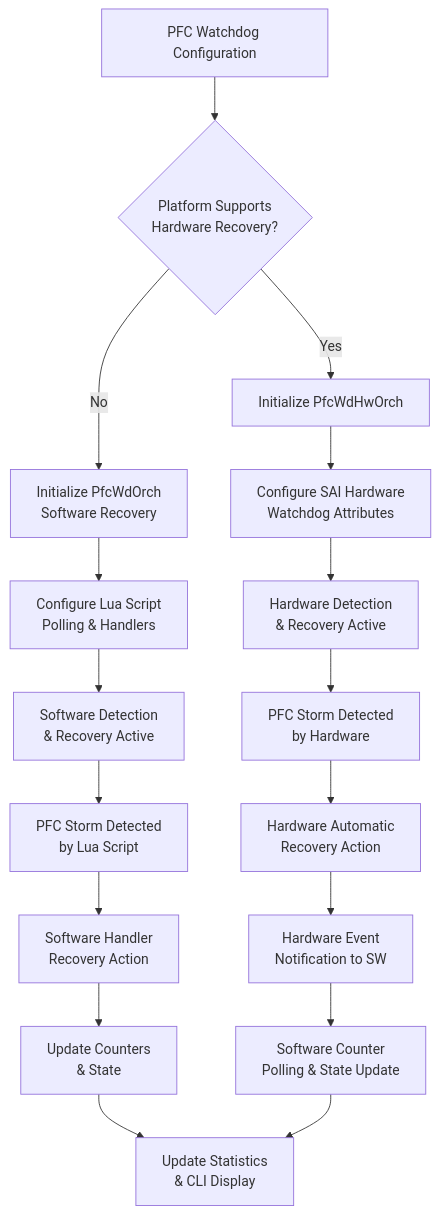
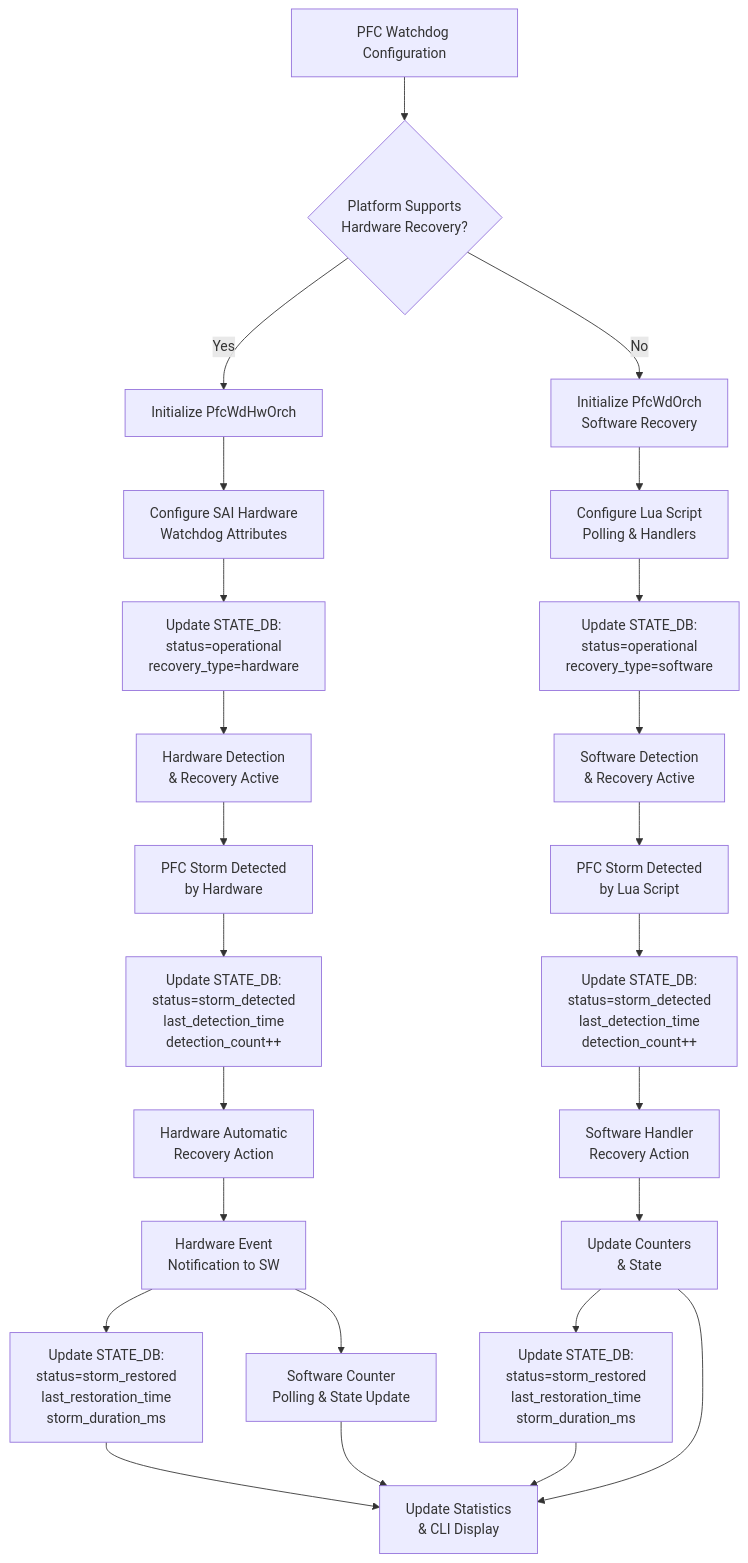
One commit to sonic-net/SONiC changed the first of 3 diagrams in doc/pfcwd/pfc_hardware_recovery_hld.md. Above: the diagram before and after it, drawn with Mermaid. The commit also changed other lines of this file, not shown here.

First line of the commit message:
Add STATE_DB schema and SDK/hardware responsibilities to PFC Watchdog HLD

````diff
--- a/doc/pfcwd/pfc_hardware_recovery_hld.md
+++ b/doc/pfcwd/pfc_hardware_recovery_hld.md
@@ -108,25 +111,35 @@
 ```mermaid
 flowchart TD
     A[PFC Watchdog Configuration] --> B{Platform Supports<br/>Hardware Recovery?}
     B -->|Yes| C[Initialize PfcWdHwOrch]
     B -->|No| D[Initialize PfcWdOrch<br/>Software Recovery]
 
     C --> E[Configure SAI Hardware<br/>Watchdog Attributes]
-    E --> F[Hardware Detection<br/>& Recovery Active]
+    E --> E1[Update STATE_DB:<br/>status=operational<br/>recovery_type=hardware]
+    E1 --> F[Hardware Detection<br/>& Recovery Active]
 
     D --> G[Configure Lua Script<br/>Polling & Handlers]
-    G --> H[Software Detection<br/>& Recovery Active]
+    G --> G1[Update STATE_DB:<br/>status=operational<br/>recovery_type=software]
+    G1 --> H[Software Detection<br/>& Recovery Active]
 
     F --> I[PFC Storm Detected<br/>by Hardware]
     H --> J[PFC Storm Detected<br/>by Lua Script]
 
-    I --> K[Hardware Automatic<br/>Recovery Action]
-    J --> L[Software Handler<br/>Recovery Action]
+    I --> I1[Update STATE_DB:<br/>status=storm_detected<br/>last_detection_time<br/>detection_count++]
+    J --> J1[Update STATE_DB:<br/>status=storm_detected<br/>last_detection_time<br/>detection_count++]
+
+    I1 --> K[Hardware Automatic<br/>Recovery Action]
+    J1 --> L[Software Handler<br/>Recovery Action]
 
     K --> M[Hardware Event<br/>Notification to SW]
     L --> N[Update Counters<br/>& State]
 
+    M --> M1[Update STATE_DB:<br/>status=storm_restored<br/>last_restoration_time<br/>storm_duration_ms]
+    N --> N1[Update STATE_DB:<br/>status=storm_restored<br/>last_restoration_time<br/>storm_duration_ms]
+
     M --> P[Software Counter<br/>Polling & State Update]
     N --> O[Update Statistics<br/>& CLI Display]
+    M1 --> O
+    N1 --> O
     P --> O
 ```
````
